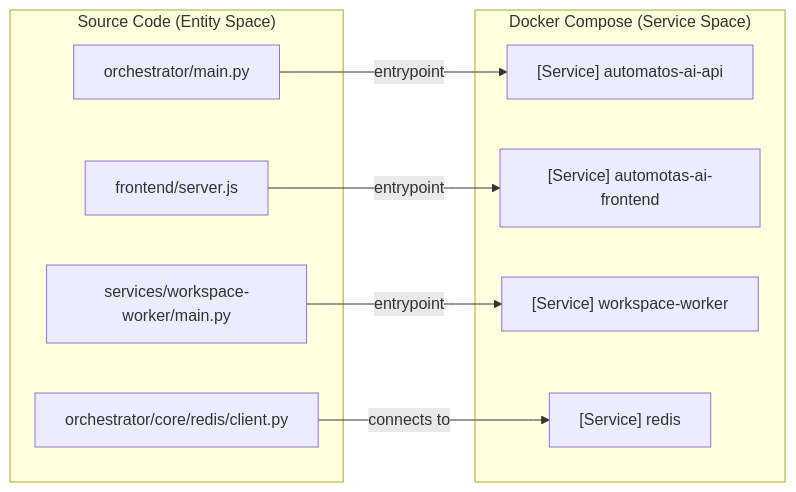
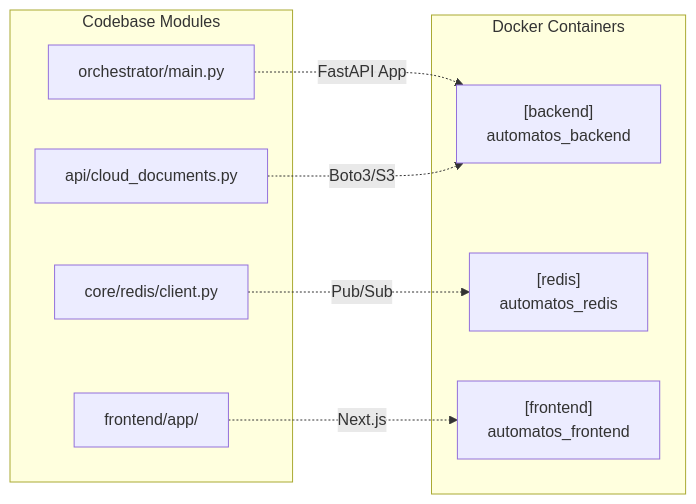
Before and after one commit to AutomatosAI/automatos-ai: the second of 2 diagrams in docs/deployment-infrastructure/docker-compose-setup.md, drawn with Mermaid. The commit also changed other lines of this file and 153 other files, not shown here.

````diff
--- a/docs/deployment-infrastructure/docker-compose-setup.md
+++ b/docs/deployment-infrastructure/docker-compose-setup.md
@@ -164,21 +116,20 @@
 ```mermaid
 graph LR
-    subgraph "Source Code (Entity Space)"
-        fastapi_app["orchestrator/main.py"]
-        next_app["frontend/server.js"]
-        worker_app["services/workspace-worker/main.py"]
-        redis_lib["orchestrator/core/redis/client.py"]
+    subgraph "Codebase Modules"
+        main["orchestrator/main.py"]
+        redis_client["core/redis/client.py"]
+        cloud_api["api/cloud_documents.py"]
+        fe_app["frontend/app/"]
     end
 
-    subgraph "Docker Compose (Service Space)"
-        api_svc["[Service] automatos-ai-api"]
-        ui_svc["[Service] automotas-ai-frontend"]
-        ww_svc["[Service] workspace-worker"]
-        redis_svc["[Service] redis"]
+    subgraph "Docker Containers"
+        svc_api["[backend]<br/>automatos_backend"]
+        svc_redis["[redis]<br/>automatos_redis"]
+        svc_ui["[frontend]<br/>automatos_frontend"]
     end
 
-    fastapi_app -->|"entrypoint"| api_svc
-    next_app -->|"entrypoint"| ui_svc
-    worker_app -->|"entrypoint"| ww_svc
-    redis_lib -->|"connects to"| redis_svc
+    main -.->|"FastAPI App"| svc_api
+    redis_client -.->|"Pub/Sub"| svc_redis
+    cloud_api -.->|"Boto3/S3"| svc_api
+    fe_app -.->|"Next.js"| svc_ui
 ```
````
